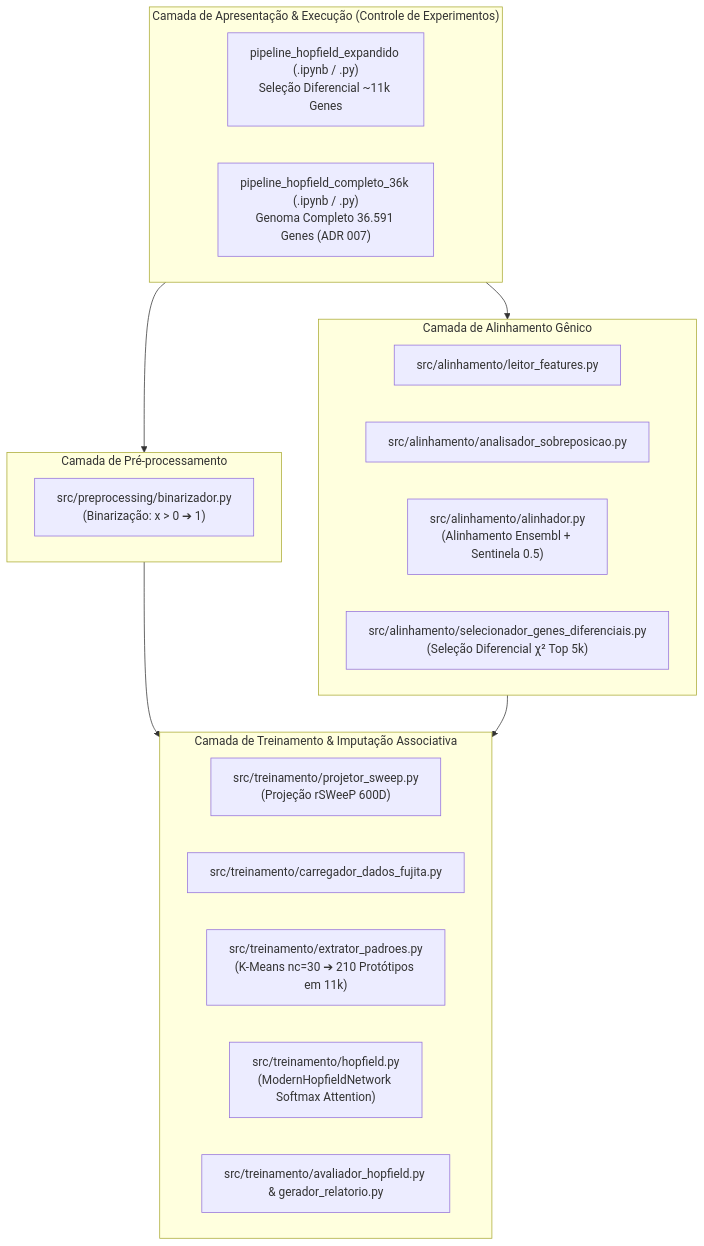
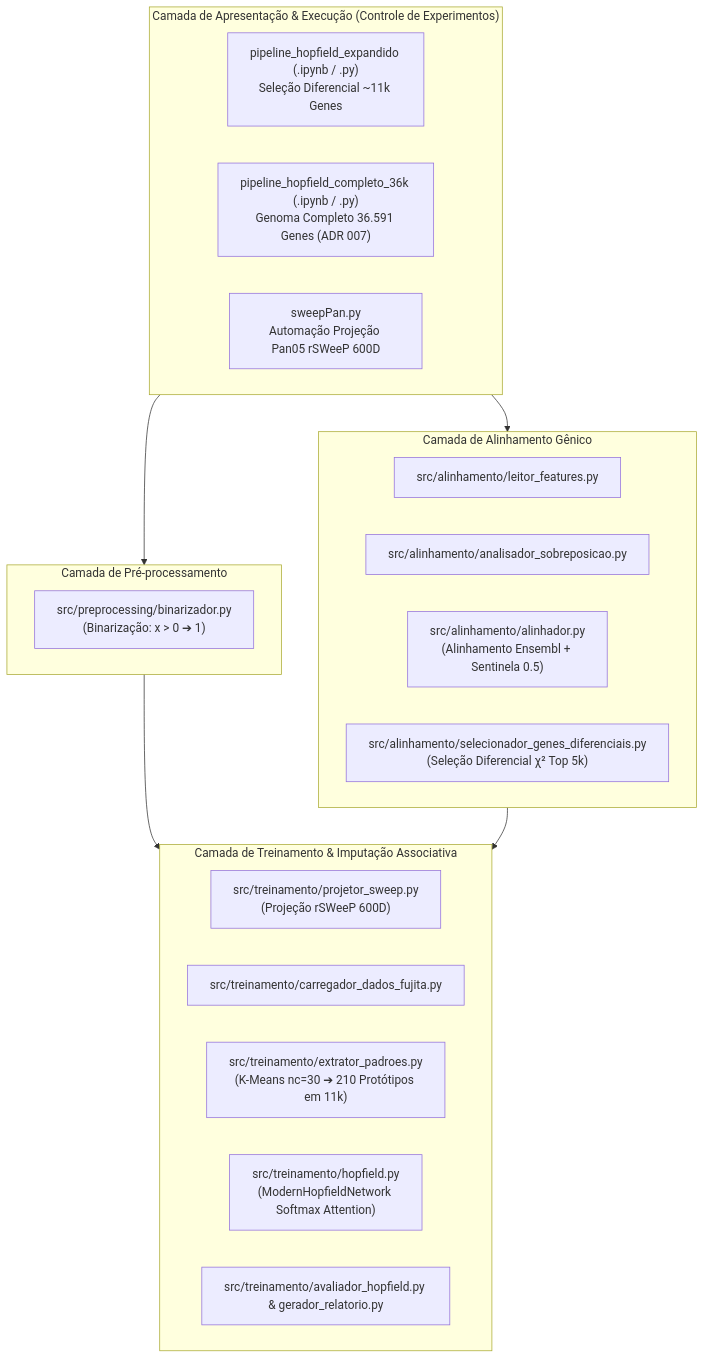
Before and after one commit to letdevx/pipiline_hopifield: the first of 2 diagrams in second_brain/01_Projetos/pipeline_hopfield_expandido/arquitetura_do_sistema.md, drawn with Mermaid. The commit also changed 6 other files, not shown here.

````diff
--- a/second_brain/01_Projetos/pipeline_hopfield_expandido/arquitetura_do_sistema.md
+++ b/second_brain/01_Projetos/pipeline_hopfield_expandido/arquitetura_do_sistema.md
@@ -22,31 +22,32 @@
 ```mermaid
 graph TD
     subgraph Presentation["Camada de Apresentação & Execução (Controle de Experimentos)"]
         NB11K["pipeline_hopfield_expandido (.ipynb / .py)<br/>Seleção Diferencial ~11k Genes"]
         NB36K["pipeline_hopfield_completo_36k (.ipynb / .py)<br/>Genoma Completo 36.591 Genes (ADR 007)"]
+        SWPAN["sweepPan.py<br/>Automação Projeção Pan05 rSWeeP 600D"]
     end
 
     subgraph Preprocessing["Camada de Pré-processamento"]
         BIN["src/preprocessing/binarizador.py<br/>(Binarização: x > 0 ➔ 1)"]
     end
 
     subgraph Alignment["Camada de Alinhamento Gênico"]
         LEIT["src/alinhamento/leitor_features.py"]
         SOBR["src/alinhamento/analisador_sobreposicao.py"]
         ALIN["src/alinhamento/alinhador.py<br/>(Alinhamento Ensembl + Sentinela 0.5)"]
         SELE["src/alinhamento/selecionador_genes_diferenciais.py<br/>(Seleção Diferencial χ² Top 5k)"]
     end
 
     subgraph Training["Camada de Treinamento & Imputação Associativa"]
         PROJ["src/treinamento/projetor_sweep.py<br/>(Projeção rSWeeP 600D)"]
         CARR["src/treinamento/carregador_dados_fujita.py"]
         EXTR["src/treinamento/extrator_padroes.py<br/>(K-Means nc=30 ➔ 210 Protótipos em 11k)"]
         HOPF["src/treinamento/hopfield.py<br/>(ModernHopfieldNetwork Softmax Attention)"]
         EVAL["src/treinamento/avaliador_hopfield.py & gerador_relatorio.py"]
     end
 
     Presentation --> Preprocessing
     Presentation --> Alignment
     Preprocessing --> Training
     Alignment --> Training
 ```
````
